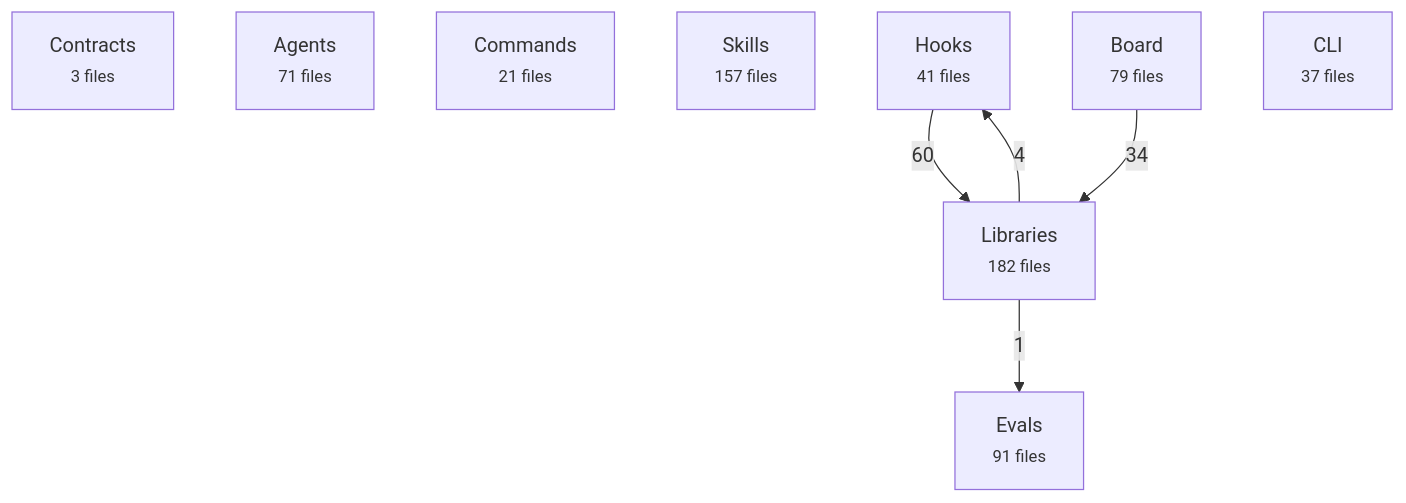
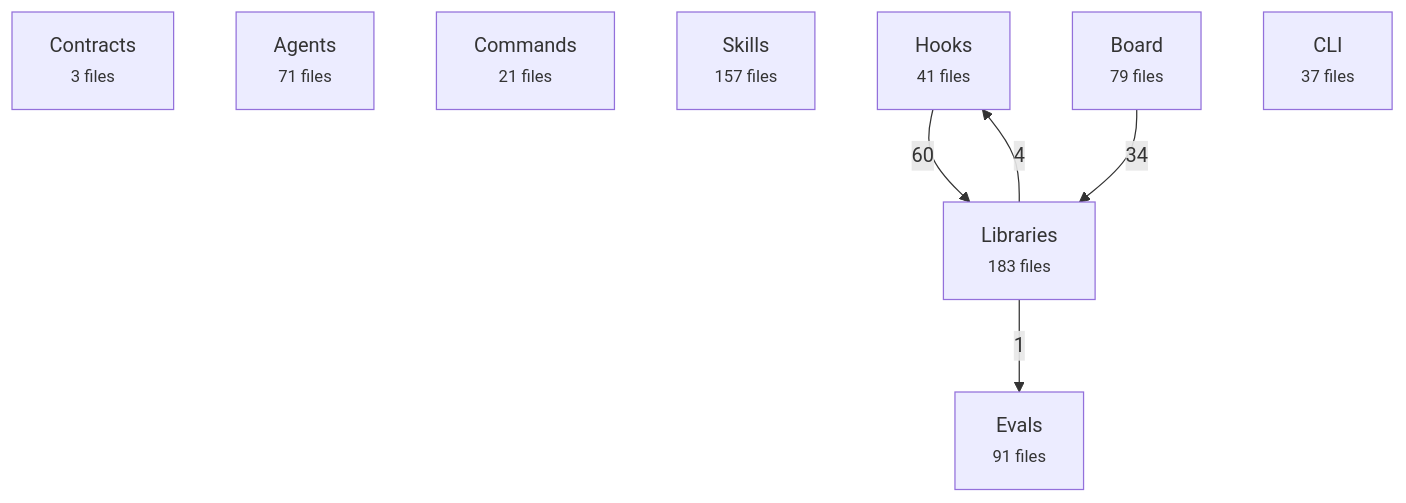
One commit to avelikiy/great_cto changed the first of 2 diagrams in docs/reference/architecture-map.md. Above: the diagram before and after it, drawn with Mermaid. The commit also changed other lines of this file and 3 other files, not shown here.

````diff
--- a/docs/reference/architecture-map.md
+++ b/docs/reference/architecture-map.md
@@ -20,16 +20,16 @@
 ```mermaid
 flowchart TD
   contracts["Contracts<br/><small>3 files</small>"]
   agents["Agents<br/><small>71 files</small>"]
   commands["Commands<br/><small>21 files</small>"]
   skills["Skills<br/><small>157 files</small>"]
   hooks["Hooks<br/><small>41 files</small>"]
-  libs["Libraries<br/><small>182 files</small>"]
+  libs["Libraries<br/><small>183 files</small>"]
   board["Board<br/><small>79 files</small>"]
   cli["CLI<br/><small>37 files</small>"]
   evals["Evals<br/><small>91 files</small>"]
   hooks -->|60| libs
   board -->|34| libs
   libs -->|4| hooks
   libs -->|1| evals
 ```
````
